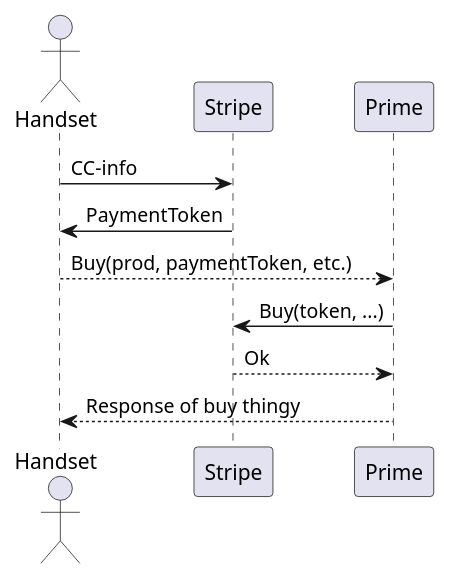
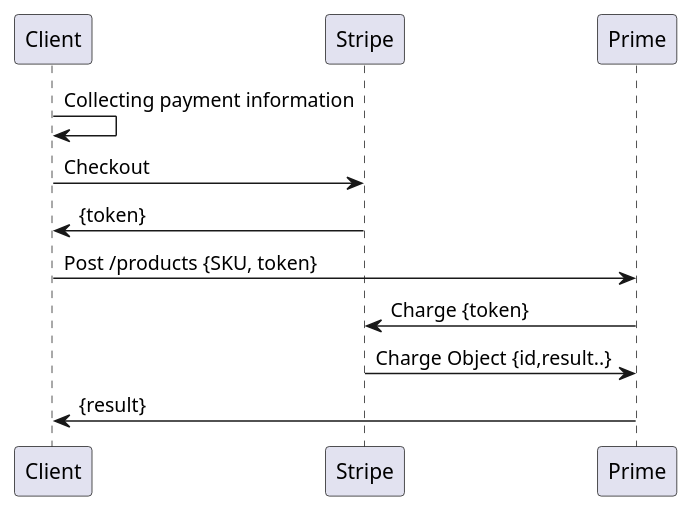
One commit to ostelco/ostelco-core changed the diagram in payment-processor/doc/puml/purchase-flow.puml. Above: the diagram before and after it, drawn with PlantUML.

```diff
--- a/payment-processor/doc/puml/purchase-flow.puml
+++ b/payment-processor/doc/puml/purchase-flow.puml
@@ -1,10 +1,11 @@
 @startuml
-actor Handset
-Handset -> Stripe : CC-info
-Stripe -> Handset: PaymentToken
-Handset --> Prime: Buy(prod, paymentToken, etc.)
-Prime -> Stripe: Buy(token, ...)
-Stripe --> Prime: Ok
-Prime ---> Handset: Response of buy thingy
+
+Client -> Client : Collecting payment information
+Client -> Stripe : Checkout
+Stripe -> Client: {token}
+Client -> Prime: Post /products {SKU, token}
+Prime -> Stripe: Charge {token}
+Stripe -> Prime: Charge Object {id,result..}
+Prime -> Client: {result}
 
 @enduml
```
